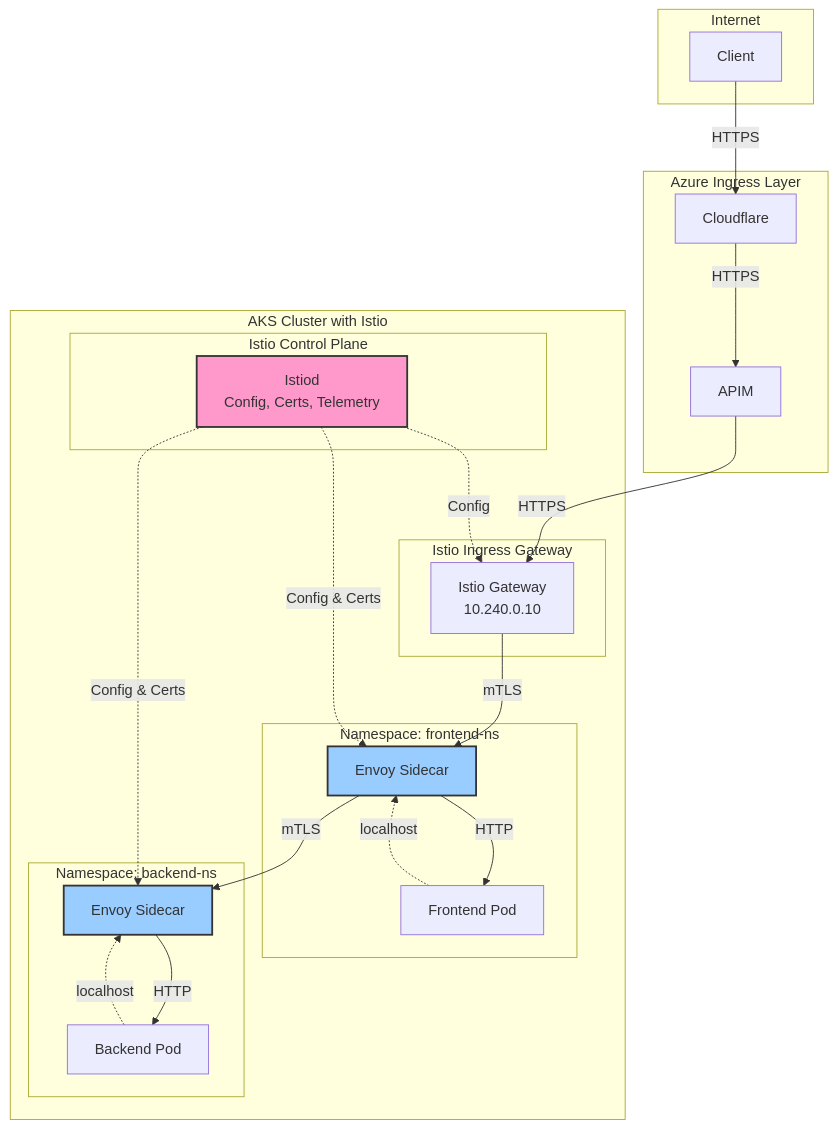
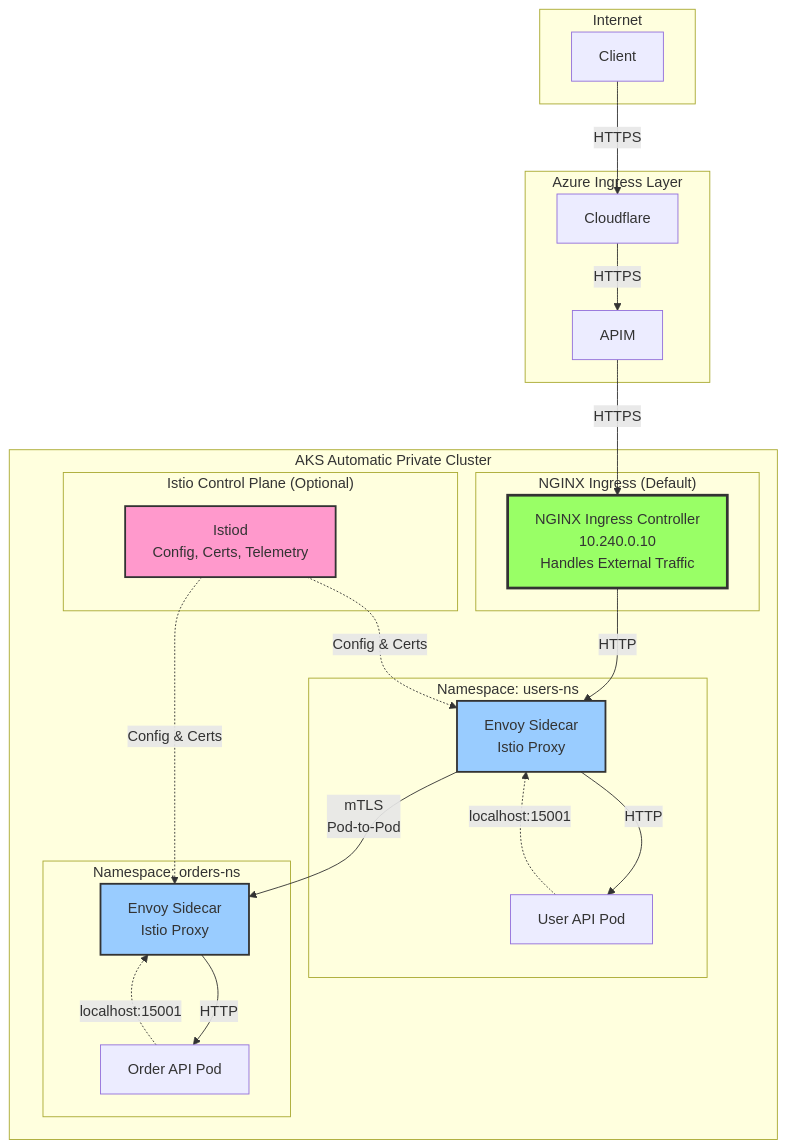
The third of 4 diagrams in networking-aks/AKS_FQDN_TRANSFORMATION_AND_SERVICE_MESH.md (kabaaali/aks-baseline), drawn with Mermaid before and after one commit. The commit also changed other lines of this file, not shown here.

````diff
--- a/networking-aks/AKS_FQDN_TRANSFORMATION_AND_SERVICE_MESH.md
+++ b/networking-aks/AKS_FQDN_TRANSFORMATION_AND_SERVICE_MESH.md
@@ -438,51 +480,51 @@
 ```mermaid
 graph TB
     subgraph Internet
         Client[Client]
     end
     
     subgraph Azure_Ingress["Azure Ingress Layer"]
         CF[Cloudflare]
         APIM[APIM]
     end
     
-    subgraph AKS_Cluster["AKS Cluster with Istio"]
-        subgraph Istio_Ingress["Istio Ingress Gateway"]
-            IstioGW[Istio Gateway<br/>10.240.0.10]
+    subgraph AKS_Cluster["AKS Automatic Private Cluster"]
+        subgraph NGINX_Ingress["NGINX Ingress (Default)"]
+            NGINX[NGINX Ingress Controller<br/>10.240.0.10<br/>Handles External Traffic]
         end
         
-        subgraph Frontend_NS["Namespace: frontend-ns"]
-            FrontendPod[Frontend Pod]
-            FrontendEnvoy[Envoy Sidecar]
-            FrontendPod -.->|localhost| FrontendEnvoy
+        subgraph Users_NS["Namespace: users-ns"]
+            UserPod[User API Pod]
+            UserEnvoy[Envoy Sidecar<br/>Istio Proxy]
+            UserPod -.->|localhost:15001| UserEnvoy
         end
         
-        subgraph Backend_NS["Namespace: backend-ns"]
-            BackendPod[Backend Pod]
-            BackendEnvoy[Envoy Sidecar]
-            BackendPod -.->|localhost| BackendEnvoy
+        subgraph Orders_NS["Namespace: orders-ns"]
+            OrderPod[Order API Pod]
+            OrderEnvoy[Envoy Sidecar<br/>Istio Proxy]
+            OrderPod -.->|localhost:15001| OrderEnvoy
         end
         
-        subgraph Istio_Control["Istio Control Plane"]
+        subgraph Istio_Control["Istio Control Plane (Optional)"]
             Istiod[Istiod<br/>Config, Certs, Telemetry]
         end
     end
     
     Client -->|HTTPS| CF
     CF -->|HTTPS| APIM
-    APIM -->|HTTPS| IstioGW
+    APIM -->|HTTPS| NGINX
     
-    IstioGW -->|mTLS| FrontendEnvoy
-    FrontendEnvoy -->|HTTP| FrontendPod
+    NGINX -->|HTTP| UserEnvoy
+    UserEnvoy -->|HTTP| UserPod
     
-    FrontendEnvoy -->|mTLS| BackendEnvoy
-    BackendEnvoy -->|HTTP| BackendPod
+    UserEnvoy -->|mTLS<br/>Pod-to-Pod| OrderEnvoy
+    OrderEnvoy -->|HTTP| OrderPod
     
-    Istiod -.->|Config| IstioGW
-    Istiod -.->|Config & Certs| FrontendEnvoy
-    Istiod -.->|Config & Certs| BackendEnvoy
+    Istiod -.->|Config & Certs| UserEnvoy
+    Istiod -.->|Config & Certs| OrderEnvoy
     
-    style FrontendEnvoy fill:#99ccff,stroke:#333,stroke-width:2px
-    style BackendEnvoy fill:#99ccff,stroke:#333,stroke-width:2px
+    style NGINX fill:#99ff66,stroke:#333,stroke-width:3px
+    style UserEnvoy fill:#99ccff,stroke:#333,stroke-width:2px
+    style OrderEnvoy fill:#99ccff,stroke:#333,stroke-width:2px
     style Istiod fill:#ff99cc,stroke:#333,stroke-width:2px
 ```
````
